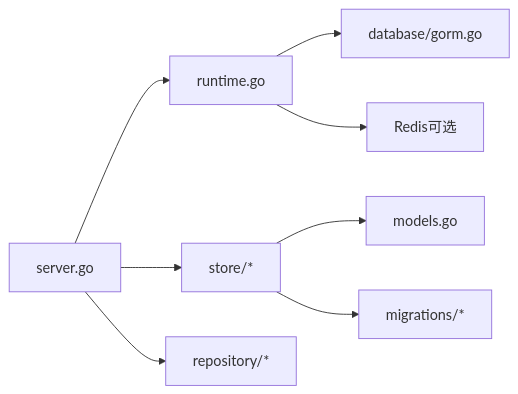
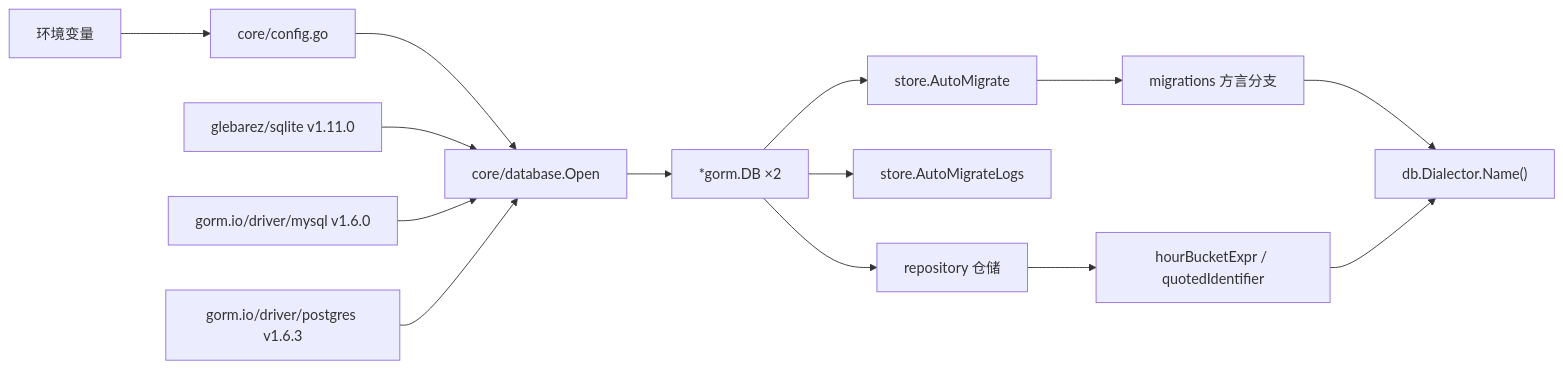
Before and after one commit to x01n/My-OpenWaf: the fourth of 4 diagrams in docs/数据存储层/多数据库支持.md, drawn with Mermaid. The commit also changed other lines of this file and 622 other files, not shown here.

````diff
--- a/docs/数据存储层/多数据库支持.md
+++ b/docs/数据存储层/多数据库支持.md
@@ -280,10 +475,16 @@
 ```mermaid
 graph LR
-App["server.go"] --> RT["runtime.go"]
-RT --> DB["database/gorm.go"]
-App --> Store["store/*"]
-Store --> Models["models.go"]
-Store --> Migs["migrations/*"]
-App --> Repo["repository/*"]
-RT --> Redis["Redis可选"]
+ENV["环境变量"] --> CFG["core/config.go"]
+CFG --> OPEN["core/database.Open"]
+SQLD["glebarez/sqlite v1.11.0"] --> OPEN
+MYD["gorm.io/driver/mysql v1.6.0"] --> OPEN
+PGD["gorm.io/driver/postgres v1.6.3"] --> OPEN
+OPEN --> GDB["*gorm.DB ×2"]
+GDB --> MIG["store.AutoMigrate"]
+GDB --> LOGMIG["store.AutoMigrateLogs"]
+MIG --> MV["migrations 方言分支"]
+MV --> DIALECT["db.Dialector.Name()"]
+GDB --> REPO["repository 仓储"]
+REPO --> HQ["hourBucketExpr / quotedIdentifier"]
+HQ --> DIALECT
 ```
````
